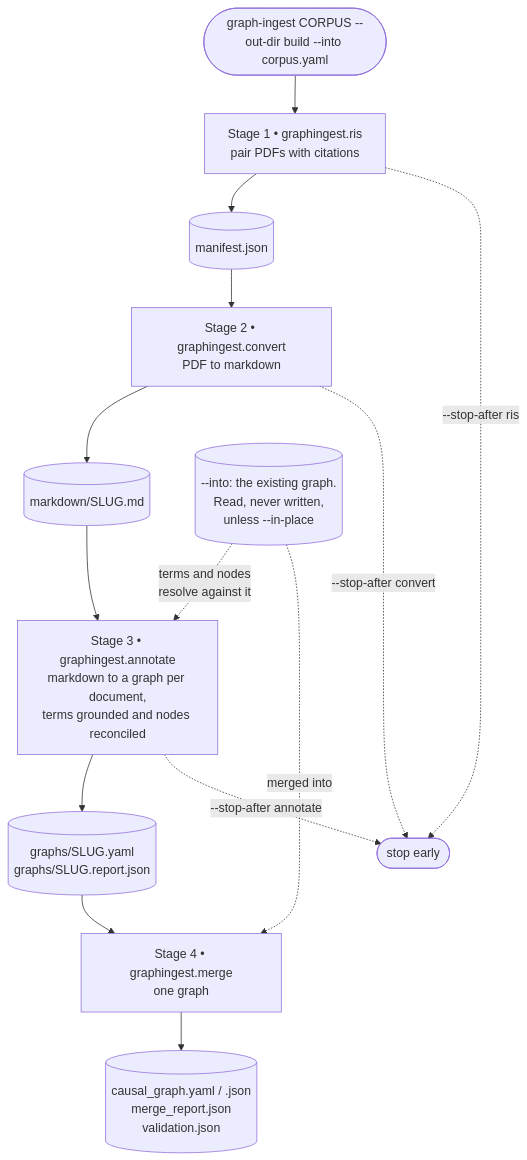
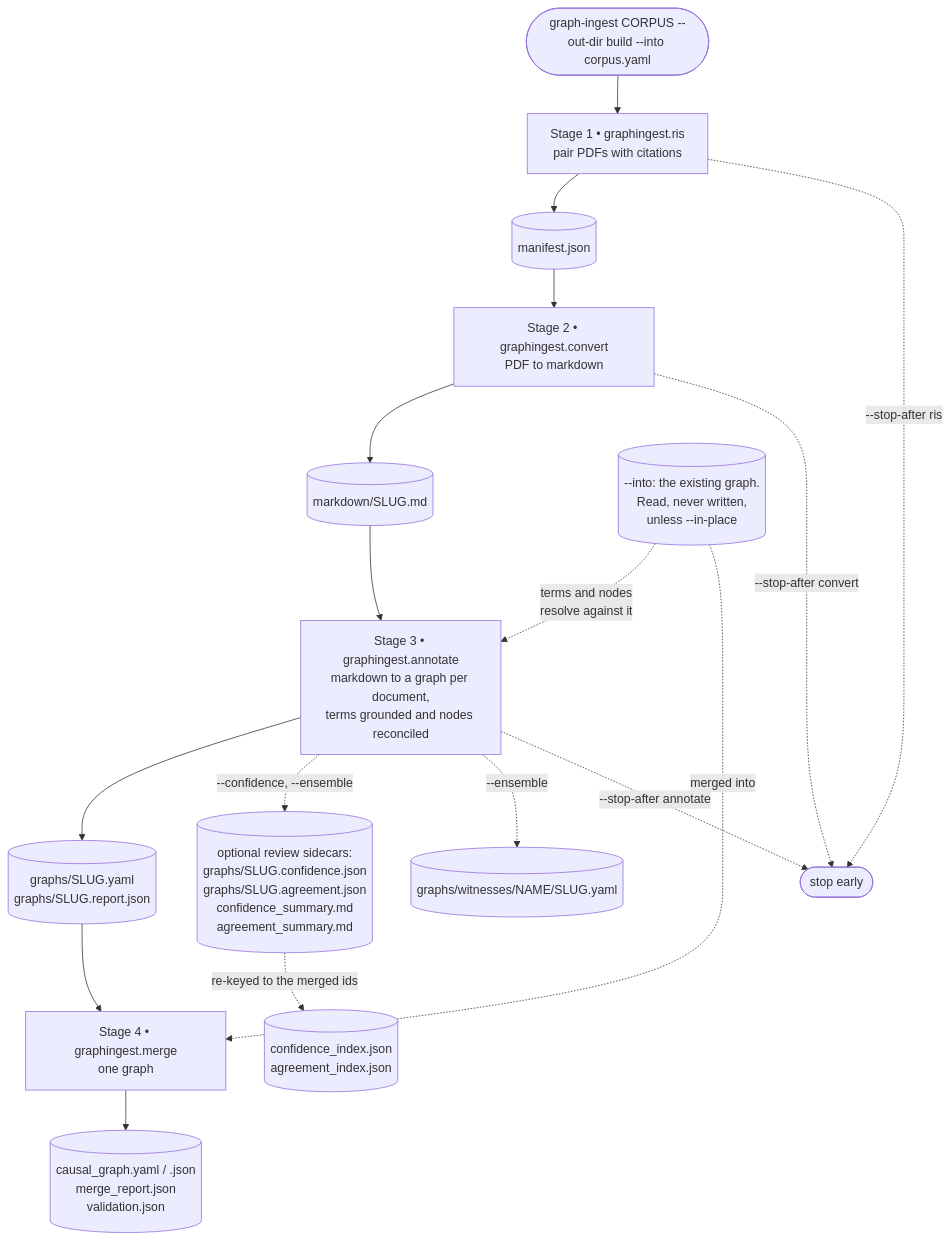
One commit to timalamenciak/graphingest changed the first of 10 diagrams in README.md. Above: the diagram before and after it, drawn with Mermaid. The commit also changed other lines of this file and 10 other files, not shown here.

````diff
--- a/README.md
+++ b/README.md
@@ -261,20 +427,26 @@
 ```mermaid
 flowchart TD
     START(["graph-ingest CORPUS --out-dir build --into corpus.yaml"]) --> S1
     S1["Stage 1 &bull; graphingest.ris<br/>pair PDFs with citations"]
     A1[("manifest.json")]
     S2["Stage 2 &bull; graphingest.convert<br/>PDF to markdown"]
     A2[("markdown/SLUG.md")]
     S3["Stage 3 &bull; graphingest.annotate<br/>markdown to a graph per document,<br/>terms grounded and nodes reconciled"]
     A3[("graphs/SLUG.yaml<br/>graphs/SLUG.report.json")]
+    R3[("optional review sidecars:<br/>graphs/SLUG.confidence.json<br/>graphs/SLUG.agreement.json<br/>confidence_summary.md<br/>agreement_summary.md")]
+    W3[("graphs/witnesses/NAME/SLUG.yaml")]
     S4["Stage 4 &bull; graphingest.merge<br/>one graph"]
     A4[("causal_graph.yaml / .json<br/>merge_report.json<br/>validation.json")]
+    R4[("confidence_index.json<br/>agreement_index.json")]
     IN[("--into: the existing graph.<br/>Read, never written,<br/>unless --in-place")]
 
     S1 --> A1 --> S2 --> A2 --> S3 --> A3 --> S4 --> A4
     IN -. "terms and nodes<br/>resolve against it" .-> S3
     IN -. "merged into" .-> S4
+    S3 -. "--confidence, --ensemble" .-> R3
+    S3 -. "--ensemble" .-> W3
+    R3 -. "re-keyed to the merged ids" .-> R4
     S1 -. "--stop-after ris" .-> DONE(["stop early"])
     S2 -. "--stop-after convert" .-> DONE
     S3 -. "--stop-after annotate" .-> DONE
 ```
````
